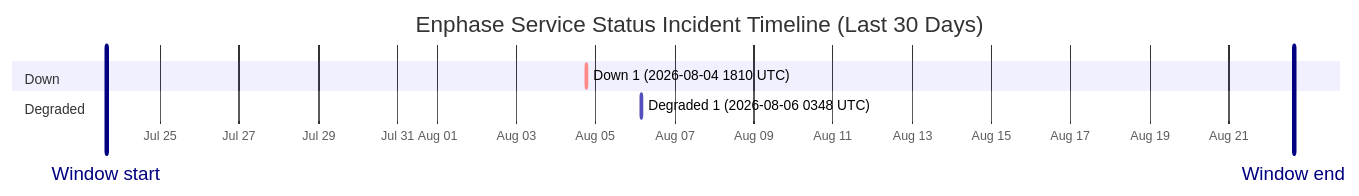
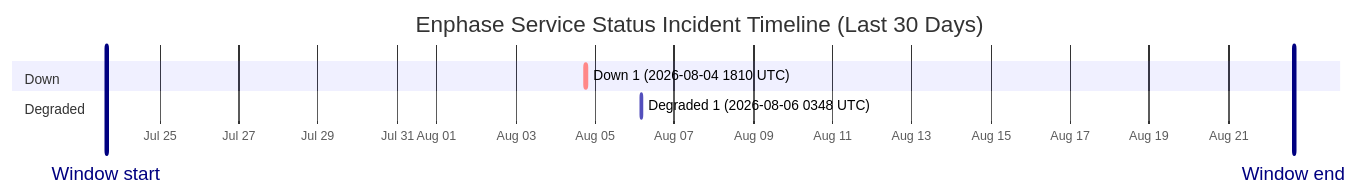
One commit to barneyonline/ha-enphase-energy changed the diagram in wiki/Service-Status-History.md. Above: the diagram before and after it, drawn with Mermaid. The commit also changed other lines of this file and 3 other files, not shown here.

````diff
--- a/wiki/Service-Status-History.md
+++ b/wiki/Service-Status-History.md
@@ -14,12 +14,12 @@
 ```mermaid
 gantt
     title Enphase Service Status Incident Timeline (Last 30 Days)
     dateFormat  YYYY-MM-DDTHH:mm:ss
     axisFormat  %b %d
-    Window start :vert, window-start, 2026-07-23T15:18:33, 0ms
-    Window end :vert, window-end, 2026-08-22T15:18:33, 0ms
+    Window start :vert, window-start, 2026-07-23T15:45:19, 0ms
+    Window end :vert, window-end, 2026-08-22T15:45:19, 0ms
     section Down
     Down 1 (2026-08-04 1810 UTC) :crit, down-1, 2026-08-04T18:10:46, 60m
     section Degraded
     Degraded 1 (2026-08-06 0348 UTC) :active, degraded-1, 2026-08-06T03:48:14, 60m
 ```
````
